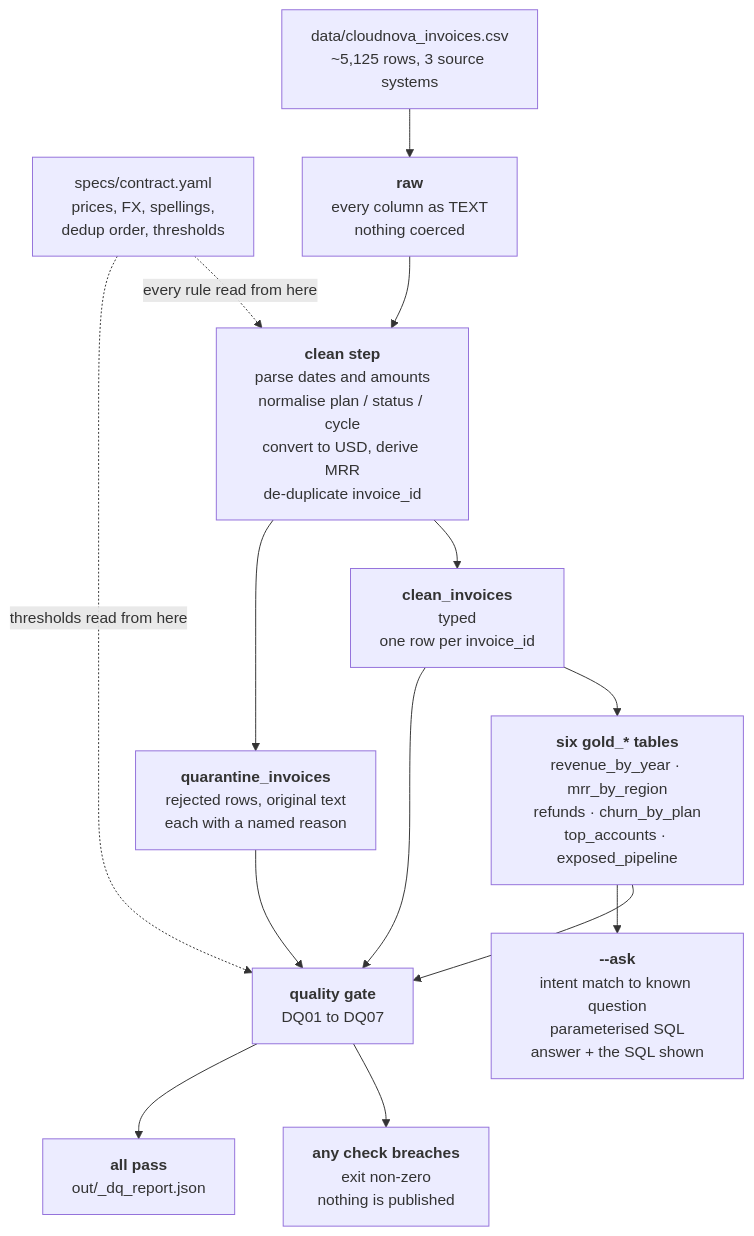
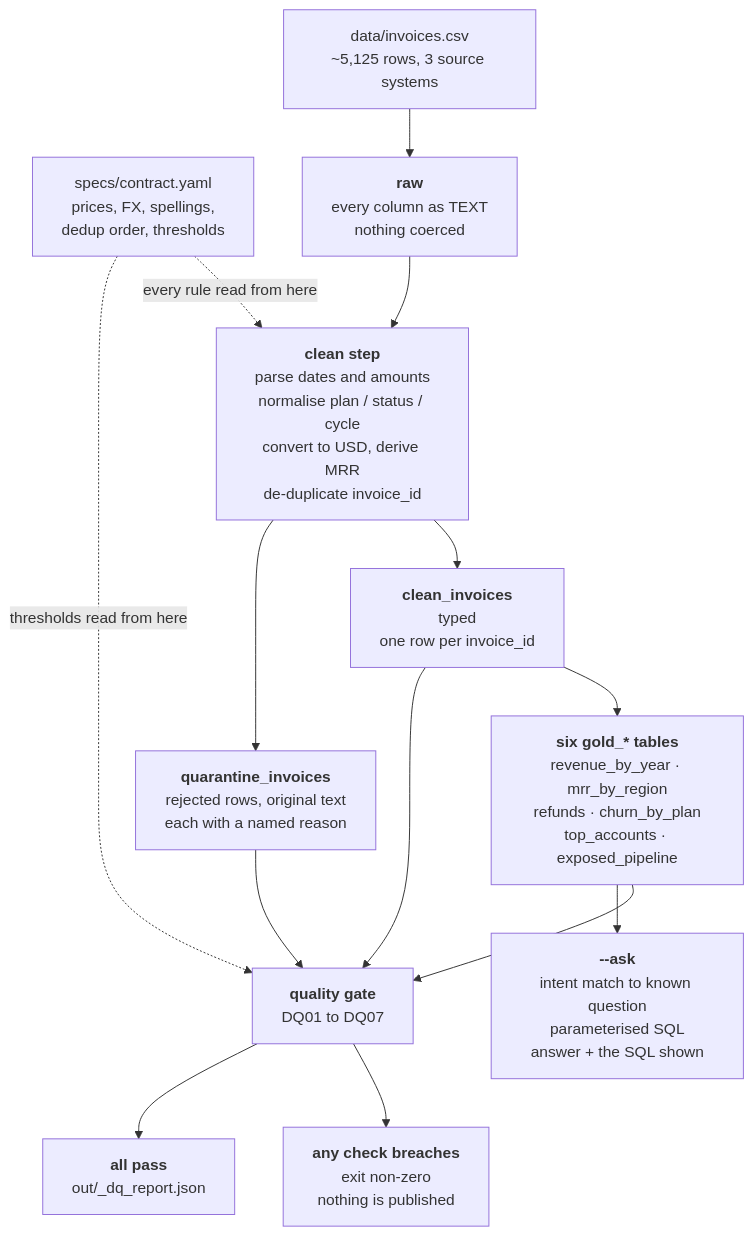
Before and after one commit to PassionToCode/revenue-intelligence-pipeline: the diagram in docs/architecture.md, drawn with Mermaid. The commit also changed other lines of this file and 21 other files, not shown here.

````diff
--- a/docs/architecture.md
+++ b/docs/architecture.md
@@ -10,24 +10,24 @@
 ```mermaid
 flowchart TD
-    CSV["data/cloudnova_invoices.csv<br/>~5,125 rows, 3 source systems"]
+    CSV["data/invoices.csv<br/>~5,125 rows, 3 source systems"]
     CONTRACT["specs/contract.yaml<br/>prices, FX, spellings,<br/>dedup order, thresholds"]
 
     CSV --> RAW["<b>raw</b><br/>every column as TEXT<br/>nothing coerced"]
     RAW --> STEP["<b>clean step</b><br/>parse dates and amounts<br/>normalise plan / status / cycle<br/>convert to USD, derive MRR<br/>de-duplicate invoice_id"]
     CONTRACT -. "every rule read from here" .-> STEP
 
     STEP --> CLEAN["<b>clean_invoices</b><br/>typed<br/>one row per invoice_id"]
     STEP --> QUAR["<b>quarantine_invoices</b><br/>rejected rows, original text<br/>each with a named reason"]
 
     CLEAN --> GOLD["<b>six gold_* tables</b><br/>revenue_by_year · mrr_by_region<br/>refunds · churn_by_plan<br/>top_accounts · exposed_pipeline"]
 
     CLEAN --> GATE["<b>quality gate</b><br/>DQ01 to DQ07"]
     QUAR --> GATE
     GOLD --> GATE
     CONTRACT -. "thresholds read from here" .-> GATE
 
     GATE --> FAIL["<b>any check breaches</b><br/>exit non-zero<br/>nothing is published"]
     GATE --> PASS["<b>all pass</b><br/>out/_dq_report.json"]
 
     GOLD --> NL["<b>--ask</b><br/>intent match to known question<br/>parameterised SQL<br/>answer + the SQL shown"]
 ```
````
